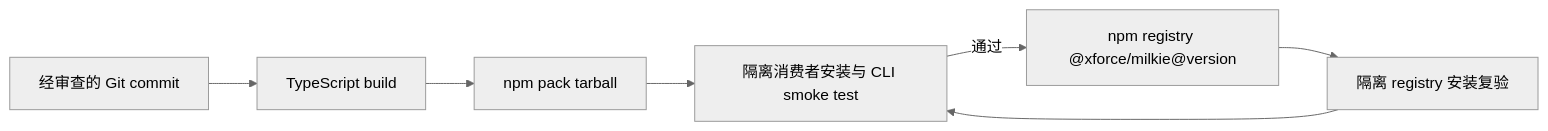
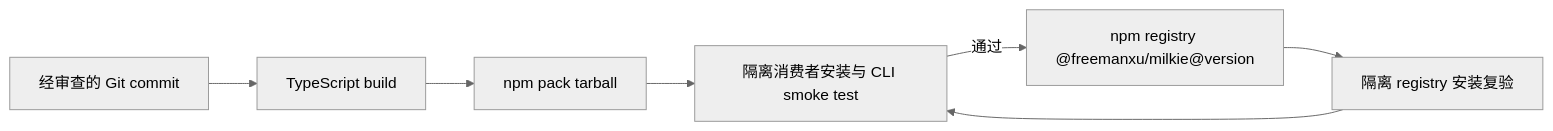
The diagram in docs/design/239-publish-scoped-package.md (xforce-io/milkie), drawn with Mermaid (neutral theme) before and after one commit. The commit also changed other lines of this file and 10 other files, not shown here.

````diff
--- a/docs/design/239-publish-scoped-package.md
+++ b/docs/design/239-publish-scoped-package.md
@@ -65,9 +65,9 @@
 ```mermaid
 flowchart LR
     Source[经审查的 Git commit] --> Build[TypeScript build]
     Build --> Pack[npm pack tarball]
     Pack --> Consumer[隔离消费者安装与 CLI smoke test]
-    Consumer -->|通过| Publish[npm registry @xforce/milkie@version]
+    Consumer -->|通过| Publish[npm registry @freemanxu/milkie@version]
     Publish --> RegistryCheck[隔离 registry 安装复验]
     RegistryCheck --> Consumer
 ```
````
